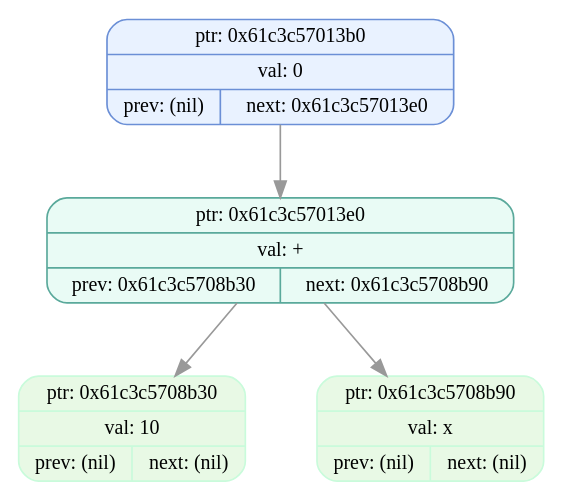
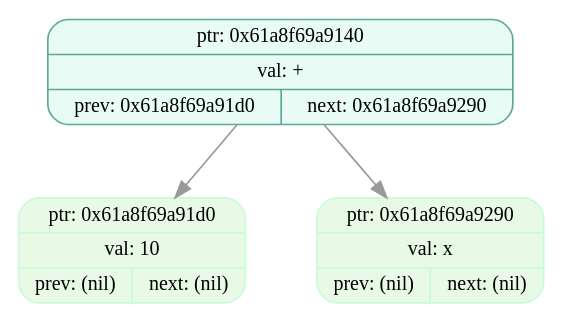
Before and after one commit to EvilTomato9890/Difference: the diagram in dumps/tree_dump_003.dot, drawn with Graphviz. The commit also changed 37 other files, not shown here.

```diff
--- a/dumps/tree_dump_003.dot
+++ b/dumps/tree_dump_003.dot
@@ -1,11 +1,9 @@
 digraph T{
   node [fontname="Fira Mono",shape=record,style="filled,rounded",fontsize=12];
   graph [splines=true, nodesep=0.6, ranksep=0.6];
-  node_0x61c3c57013b0[shape=record,label="{ {ptr: 0x61c3c57013b0} | {val: 0} | { prev: (nil) | next: 0x61c3c57013e0 } }",color="#6b8fd6",fillcolor="#e9f2ff"];
-  node_0x61c3c57013e0[shape=record,label="{ {ptr: 0x61c3c57013e0} | {val: +} | { prev: 0x61c3c5708b30 | next: 0x61c3c5708b90 } }",color="#5aa99b",fillcolor="#e9fbf5"];
-  node_0x61c3c5708b30[shape=record,label="{ {ptr: 0x61c3c5708b30} | {val: 10} | { prev: (nil) | next: (nil) } }",color="#c9fbdbff",fillcolor="#e8f9e5ff"];
-  node_0x61c3c5708b90[shape=record,label="{ {ptr: 0x61c3c5708b90} | {val: x} | { prev: (nil) | next: (nil) } }",color="#c9fbdbff",fillcolor="#e8f9e5ff"];
-  node_0x61c3c57013b0 -> node_0x61c3c57013e0 [color="#999999"];
-  node_0x61c3c57013e0 -> node_0x61c3c5708b30 [color="#999999"];
-  node_0x61c3c57013e0 -> node_0x61c3c5708b90 [color="#999999"];
+  node_0x61a8f69a9140[shape=record,label="{ {ptr: 0x61a8f69a9140} | {val: +} | { prev: 0x61a8f69a91d0 | next: 0x61a8f69a9290 } }",color="#5aa99b",fillcolor="#e9fbf5"];
+  node_0x61a8f69a91d0[shape=record,label="{ {ptr: 0x61a8f69a91d0} | {val: 10} | { prev: (nil) | next: (nil) } }",color="#c9fbdbff",fillcolor="#e8f9e5ff"];
+  node_0x61a8f69a9290[shape=record,label="{ {ptr: 0x61a8f69a9290} | {val: x} | { prev: (nil) | next: (nil) } }",color="#c9fbdbff",fillcolor="#e8f9e5ff"];
+  node_0x61a8f69a9140 -> node_0x61a8f69a91d0 [color="#999999"];
+  node_0x61a8f69a9140 -> node_0x61a8f69a9290 [color="#999999"];
 }
```
